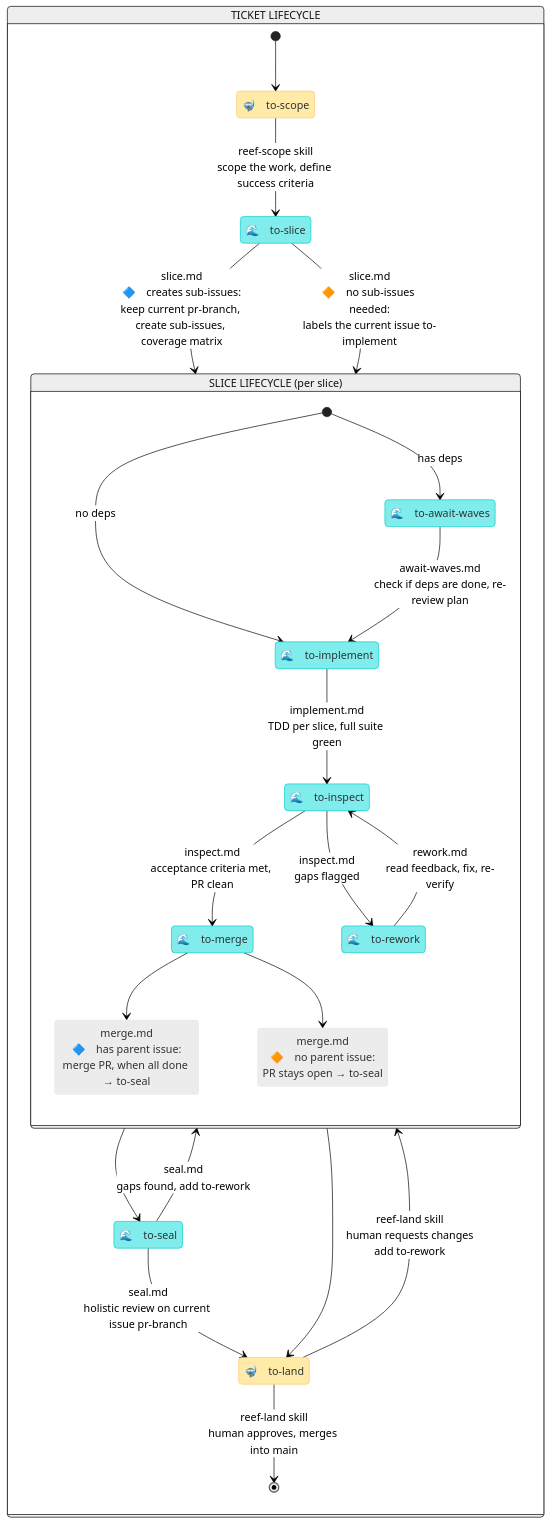
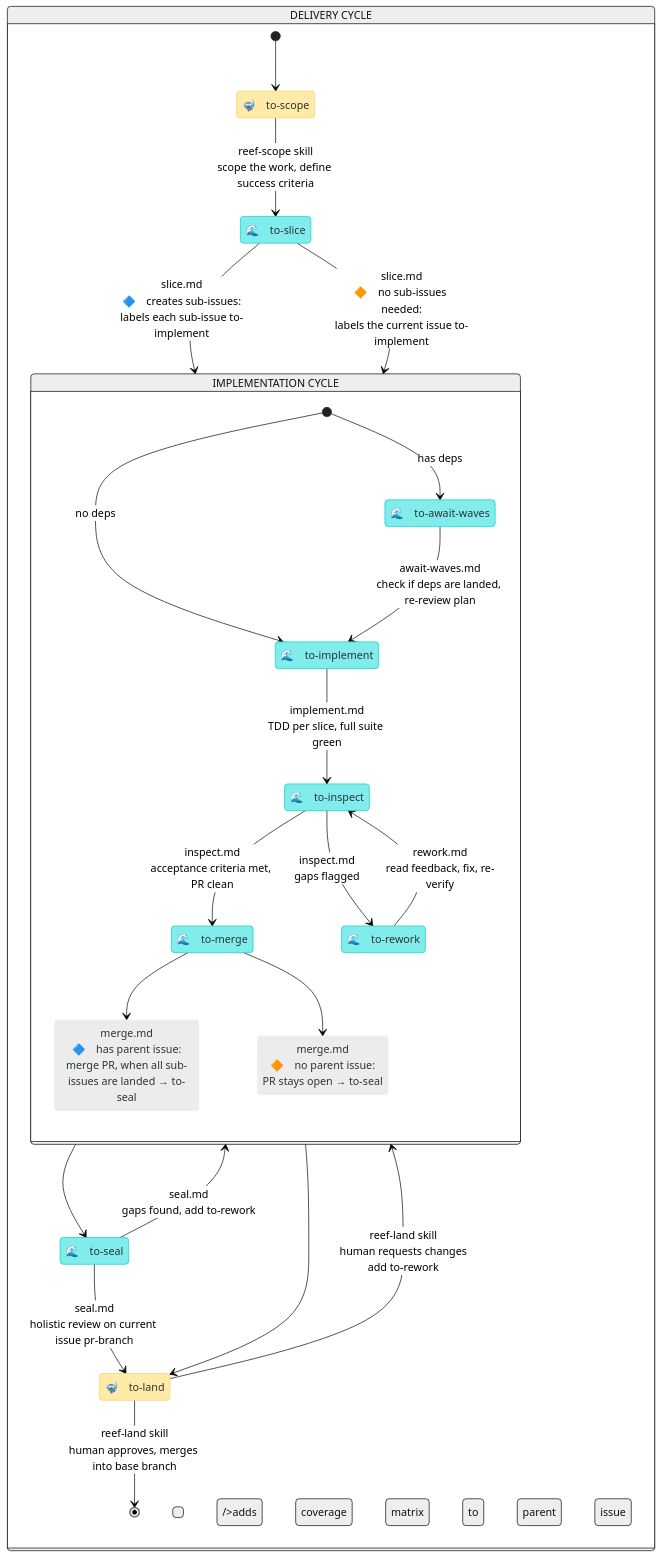
One commit to mesqueeb/moonjelly-reef changed the diagram in README.md. Above: the diagram before and after it, drawn with Mermaid (neutral theme). The commit also changed other lines of this file and 15 other files, not shown here.

Commit message:
Clarify issue and branch terminology in docs

````diff
--- a/README.md
+++ b/README.md
@@ -30,51 +30,52 @@
 ```mermaid
 stateDiagram-v2
     direction TB
 
     classDef human fill:#ffeaa7,stroke:#fdcb6e,color:#2d3436
     classDef agent fill:#81ecec,stroke:#00cec9,color:#2d3436
     classDef arrow fill:#ececec,stroke:#ffffff00,color:#2d3436
 
-    state "TICKET LIFECYCLE" as work {
+    state "DELIVERY CYCLE" as work {
 
         state "🤿　to-scope" as to_scope
         state "🌊　to-slice" as to_slice
         state "🌊　to-seal" as to_seal
         state "🤿　to-land" as to_land
 
         [*] --> to_scope
         to_scope --> to_slice : reef-scope skill<br />scope the work, define success criteria
-        to_slice --> slice_lifecycle : slice.md<br />🔷　creates sub-issues:<br />keep current pr-branch, create sub-issues, coverage matrix
-       to_slice --> slice_lifecycle : slice.md<br />🔶　no sub-issues needed:<br />labels the current issue to-implement
+        to_slice --> slice_lifecycle : slice.md<br />🔷　creates sub-issues:<br />labels each sub-issue to-implement
+<br />adds coverage matrix to parent issue
+        to_slice --> slice_lifecycle : slice.md<br />🔶　no sub-issues needed:<br />labels the current issue to-implement
         slice_lifecycle --> to_seal
         slice_lifecycle --> to_land
         to_seal --> to_land : seal.md<br />holistic review on current issue pr-branch
         to_seal --> slice_lifecycle : seal.md<br />gaps found, add to-rework
-        to_land --> [*] : reef-land skill<br />human approves, merges into main
+        to_land --> [*] : reef-land skill<br />human approves, merges into base branch
         to_land --> slice_lifecycle : reef-land skill<br />human requests changes<br />add to-rework
     }
 
-    state "SLICE LIFECYCLE (per slice)" as slice_lifecycle {
+    state "IMPLEMENTATION CYCLE" as slice_lifecycle {
 
         state "🌊　to-await-waves" as to_await
         state "🌊　to-implement" as to_implement
         state "🌊　to-inspect" as to_inspect
         state "🌊　to-rework" as to_rework
         state "🌊　to-merge" as to_merge
-        state "merge.md<br />🔷　has parent issue:<br />merge PR, when all done → to-seal" as merge_multi
+        state "merge.md<br />🔷　has parent issue:<br />merge PR, when all sub-issues are landed → to-seal" as merge_multi
         state "merge.md<br />🔶　no parent issue:<br />PR stays open → to-seal" as merge_single
         [*] --> to_implement : no deps
         [*] --> to_await : has deps
-        to_await --> to_implement : await-waves.md<br />check if deps are done, re-review plan
+        to_await --> to_implement : await-waves.md<br />check if deps are landed, re-review plan
         to_implement --> to_inspect : implement.md<br />TDD per slice, full suite green
         to_inspect --> to_merge : inspect.md<br />acceptance criteria met, PR clean
         to_inspect --> to_rework : inspect.md<br />gaps flagged
         to_rework --> to_inspect : rework.md<br />read feedback, fix, re-verify
         to_merge --> merge_multi
         to_merge --> merge_single
     }
 
     class to_scope,to_land human
     class to_slice,to_seal,plan_rework,to_await,to_implement,to_inspect,to_rework,to_merge agent
     class merge_multi,merge_single arrow
 ```
````
